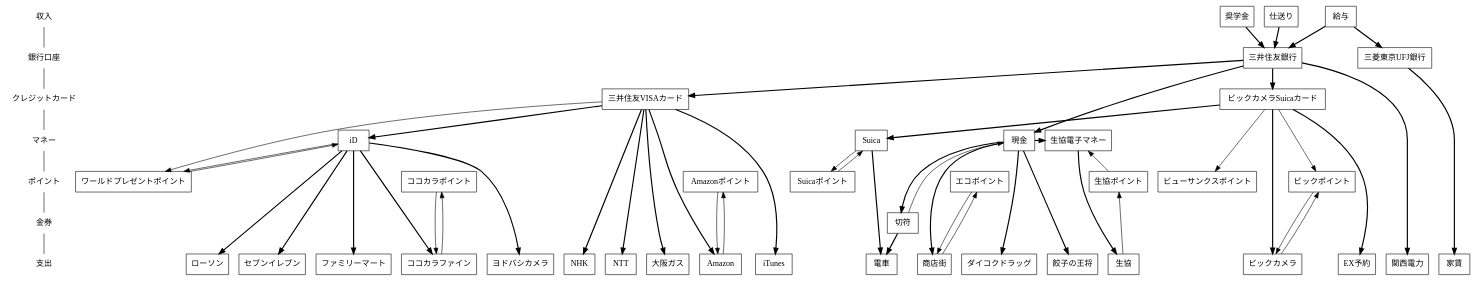
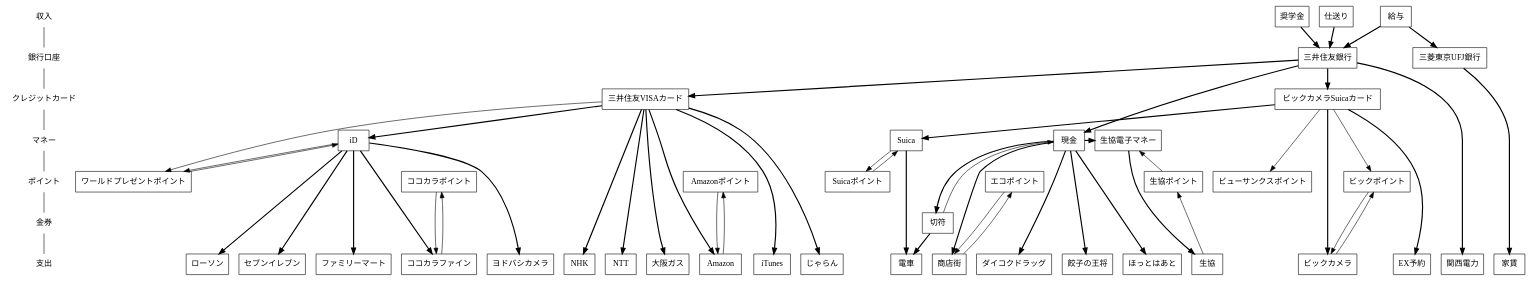
Before and after one commit to saireya/moneyflow: the diagram in flow.dot, drawn with Graphviz.

Commit message:
2014/04: Added HotHeart

```diff
--- a/flow.dot
+++ b/flow.dot
@@ -1,130 +1,134 @@
 // dot -Tsvg flow.dot -o flow.svg
 digraph "MoneyFlow"
 {
 	node [ shape = box ];
 
 	"収入", "銀行口座", "クレジットカード", "マネー", "ポイント", "金券", "支出" [shape = none];
 	"収入" -> "銀行口座" -> "クレジットカード" -> "マネー" -> "ポイント" -> "金券" -> "支出" [arrowhead = none];
 	{
 		rank = same; "収入";
 		給与;
 		奨学金;
 		仕送り;
 	}
 
 	{
 		rank = same; "銀行口座";
 		三井住友銀行;
 		三菱東京UFJ銀行;
 	}
 
 	{
 		rank = same; "クレジットカード";
 		三井住友VISAカード;
 		ビックカメラSuicaカード
 	}
 
 	{
 		rank = same; "マネー";
 		Suica;
 		生協電子マネー;
 		現金;
 		iD;
 	}
 
 	{
 		rank = same; "ポイント";
 		// クレジットカード関係
 		ワールドプレゼントポイント;
 		ビューサンクスポイント;
 		// 独自ポイント
 		エコポイント;
 		生協ポイント;
 		ココカラポイント;
 		Suicaポイント;
 		ビックポイント;
 		Amazonポイント;
 	}
 
 	{
 		rank = same; "金券";
 		切符;
 	}
 
 	{
 		rank = same; "支出";
 		家賃;
 		// コンビニ
 		ローソン;
 		セブンイレブン;
 		ファミリーマート;
 		// 交通
 		電車;
 		// インフラ
 		NHK;
 		NTT;
 		関西電力;
 		大阪ガス;
 		// 店舗
 		商店街;
 		生協;
 		ココカラファイン;
 		ダイコクドラッグ;
 		ビックカメラ;
 		ヨドバシカメラ;
 		餃子の王将;
+		ほっとはあと;
 		// ネット
 		Amazon;
 		iTunes;
 		EX予約;
+		じゃらん;
 	}
 
 	// SMBC
 	給与 -> 三井住友銀行 [style="bold", weight=100];
 	奨学金 -> 三井住友銀行 [style="bold", weight=100];
 	仕送り -> 三井住友銀行 [style="bold", weight=100];
 	三井住友銀行 -> 現金, 関西電力 [style="bold", weight=100];
 
 	// SMBC-Visa
 	三井住友銀行 -> 三井住友VISAカード [style="bold", weight=100];
 	三井住友VISAカード -> 大阪ガス, NHK, NTT [style="bold", weight=100];
 	三井住友VISAカード -> iTunes [style="bold", weight=100];
 	三井住友VISAカード -> Amazon [style="bold", weight=100];
+	三井住友VISAカード -> じゃらん [style="bold", weight=100];
 	三井住友VISAカード -> ワールドプレゼントポイント;
 	Amazon -> Amazonポイント -> Amazon;
 	// iD
 	三井住友VISAカード -> iD [style="bold", weight=100];
 	iD -> ローソン [style="bold", weight=100];
 	iD -> セブンイレブン [style="bold", weight=100];
 	iD -> ファミリーマート [style="bold", weight=100];
 	iD -> ココカラファイン [style="bold", weight=100];
 	ココカラファイン -> ココカラポイント -> ココカラファイン;
 	iD -> ヨドバシカメラ [style="bold", weight=100];
 	iD -> ワールドプレゼントポイント -> iD;
 
 	// ビックカメラSuicaカード
 	三井住友銀行 -> ビックカメラSuicaカード [style="bold", weight=100];
 	ビックカメラSuicaカード -> ビューサンクスポイント;
 	ビックカメラSuicaカード -> ビックカメラ [style="bold", weight=100];
 	ビックカメラ -> ビックポイント;
 	ビックカメラSuicaカード -> ビックポイント -> ビックカメラ;
 	ビックカメラSuicaカード -> Suica -> 電車 [style="bold", weight=100];
 	ビックカメラSuicaカード -> EX予約 [style="bold", weight=100];
 	Suica -> Suicaポイント -> Suica;
 
 	// UFJ
 	給与 -> 三菱東京UFJ銀行 [style="bold", weight=100];
 	三菱東京UFJ銀行 -> 家賃 [style="bold", weight=100];
 
 	// 現金
 	現金 -> 商店街 [style="bold", weight=100];
 	商店街 -> エコポイント -> 商店街;
 	現金 -> 生協電子マネー [style="bold", weight=100];
 	生協電子マネー -> 生協 [style="bold", weight=100];
 	生協 -> 生協ポイント -> 生協電子マネー;
 	現金 -> ダイコクドラッグ [style="bold", weight=100];
 	現金 -> 餃子の王将 [style="bold", weight=100];
+	現金 -> ほっとはあと [style="bold", weight=100];
 
 	現金 -> 切符 -> 電車 [style="bold", weight=100];
 	切符 -> 現金;
 } 
```
